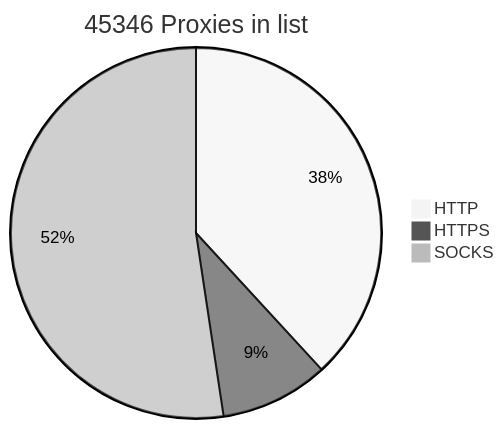
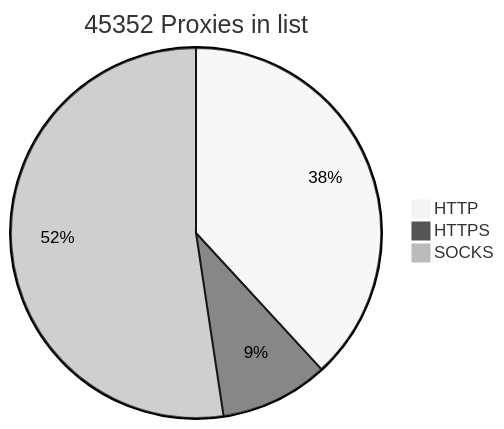
The diagram in README.md (BlackSnowDot/proxylist-update-every-minute), drawn with Mermaid (neutral theme) before and after one commit.

````diff
--- a/README.md
+++ b/README.md
@@ -2,6 +2,6 @@
 ```mermaid
-pie title 45346 Proxies in list
-    "HTTP" : 18895
-    "HTTPS": 4679
+pie title 45352 Proxies in list
+    "HTTP" : 18891
+    "HTTPS": 4686
     "SOCKS" : 25932
 ```
````
